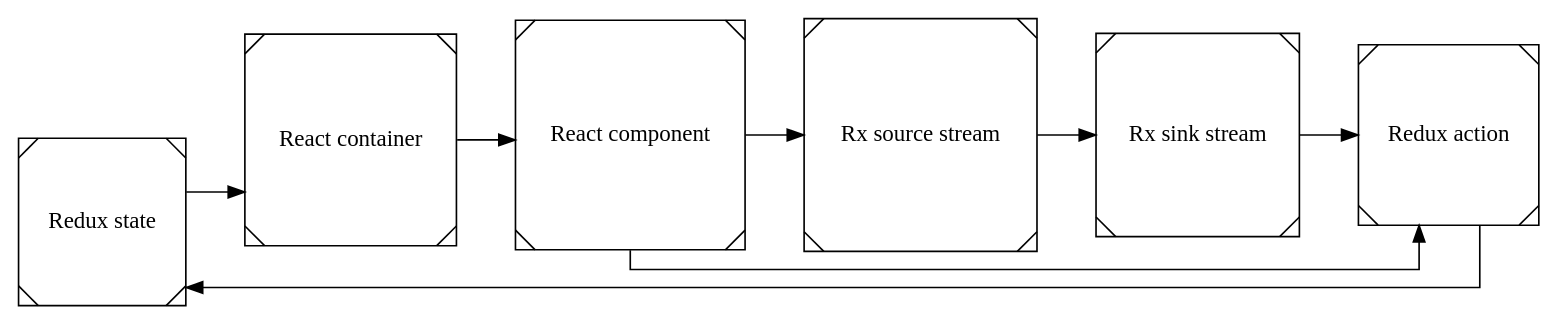
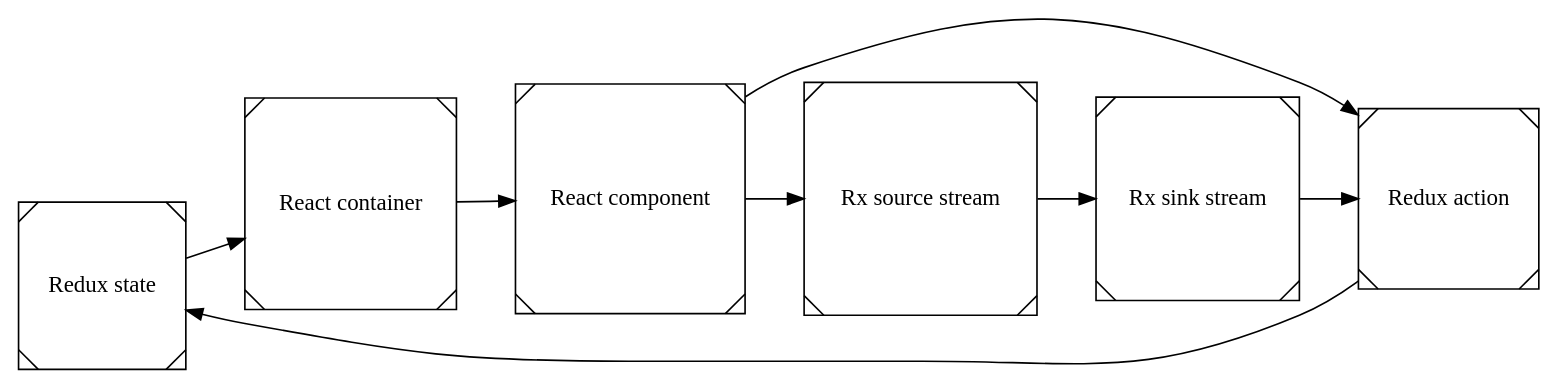
Before and after one commit to yanglinz/reddio: the diagram in docs/diagrams/architecture.dot, drawn with Graphviz. The commit also changed 1 other file, not shown here.

Commit message:
Remove ortho option

```diff
--- a/docs/diagrams/architecture.dot
+++ b/docs/diagrams/architecture.dot
@@ -1,21 +1,20 @@
 digraph ReddioArchitecture {
   rankdir=LR;
-  splines=ortho;
 
   redux_state [label="Redux state", shape=Msquare];
   redux_action [label="Redux action", shape=Msquare];
 
   react_container [label="React container", shape=Msquare];
   react_component [label="React component", shape=Msquare];
 
   rx_stream_source [label="Rx source stream", shape=Msquare];
   rx_stream_sink [label="Rx sink stream", shape=Msquare];
 
   redux_state -> react_container;
   react_container -> react_component;
   react_component -> redux_action;
   react_component -> rx_stream_source;
   rx_stream_source -> rx_stream_sink;
   rx_stream_sink -> redux_action;
   redux_action -> redux_state;
 }
```
